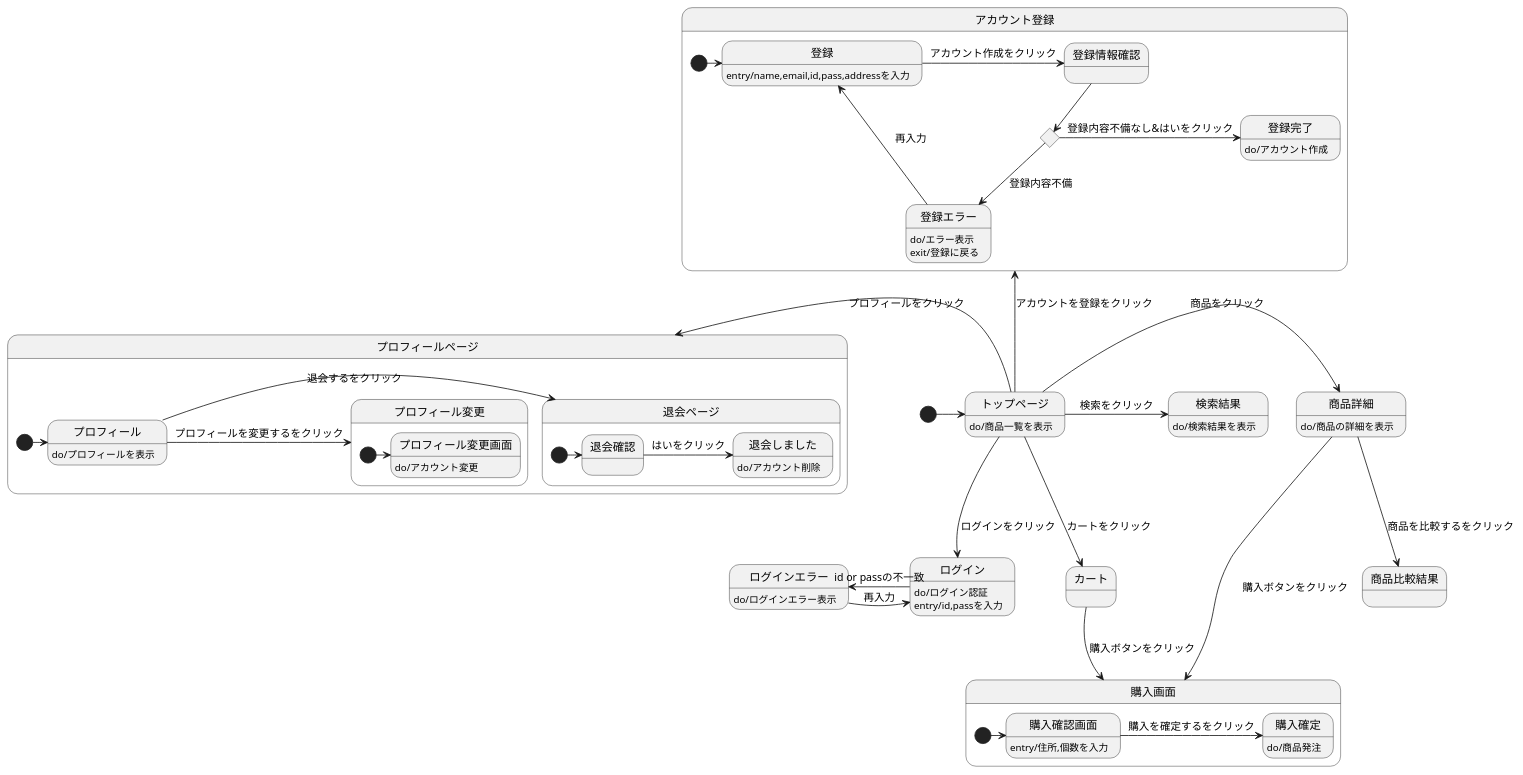
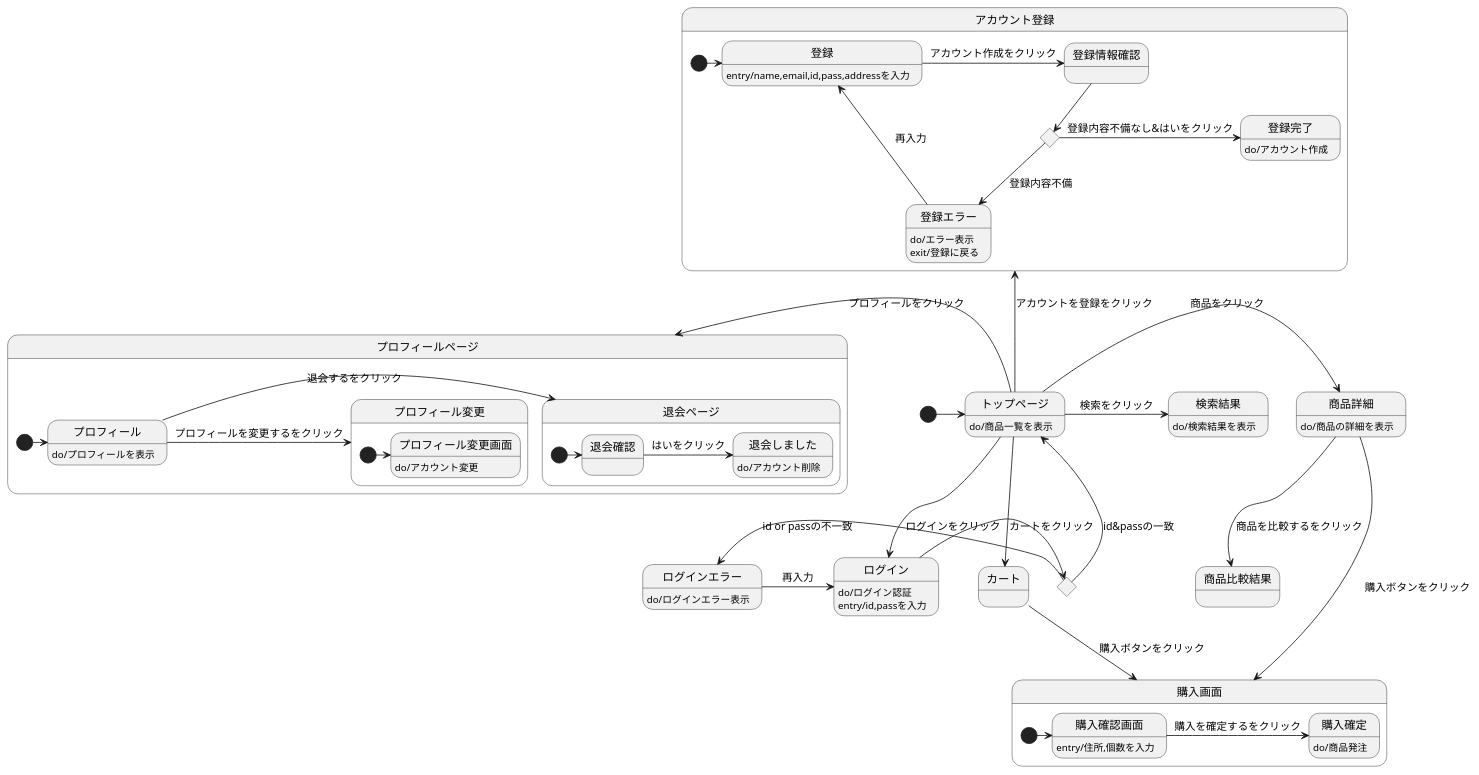
One commit to Aso2001159/2021sys-design changed the diagram in stm01.md. Above: the diagram before and after it, drawn with PlantUML.

````diff
--- a/stm01.md
+++ b/stm01.md
@@ -1,58 +1,61 @@
 ```uml
 
 @startuml
 [*]->トップページ
 トップページ : do/商品一覧を表示
 トップページ->商品詳細 : 商品をクリック
   商品詳細 : do/商品の詳細を表示
   商品詳細 --> 商品比較結果 : 商品を比較するをクリック
   商品詳細-> 購入画面 :　購入ボタンをクリック
 トップページ-down->ログイン :ログインをクリック
+  state r確認 <<choice>>
   ログイン : do/ログイン認証
   ログイン : entry/id,passを入力
-  ログイン -> ログインエラー : id or passの不一致
+  ログイン -> r確認
+  r確認 -> ログインエラー : id or passの不一致
+  r確認 -> トップページ : id&passの一致
     ログインエラー :do/ログインエラー表示
   ログインエラー -> ログイン : 再入力
 トップページ-->カート :カートをクリック
 カート --> 購入画面 : 購入ボタンをクリック
 state 購入画面{
   [*]-> 購入確認画面
   購入確認画面 : entry/住所,個数を入力
   購入確認画面 -> 購入確定 : 購入を確定するをクリック
   購入確定 : do/商品発注
 }
 state アカウント登録{
 [*]-> 登録 
   トップページ-up-> アカウント登録 :アカウントを登録をクリック
   state t確認 <<choice>>
   登録 : entry/name,email,id,pass,addressを入力
   登録 ->登録情報確認: アカウント作成をクリック
   登録情報確認 --> t確認 
   t確認 --> 登録エラー : 登録内容不備
     登録エラー : do/エラー表示
     登録エラー : exit/登録に戻る
    登録エラー -> 登録 : 再入力
   t確認 -> 登録完了: 登録内容不備なし&はいをクリック
     登録完了: do/アカウント作成
   }
 トップページ->検索結果 :検索をクリック
   検索結果 : do/検索結果を表示
 トップページ-left->プロフィールページ :プロフィールをクリック
 state プロフィールページ{
 [*] -> プロフィール
 プロフィール : do/プロフィールを表示
   プロフィール ->退会ページ :退会するをクリック
   state 退会ページ{
     [*]-> 退会確認 
     退会確認-> 退会しました : はいをクリック
       退会しました : do/アカウント削除
     }
     プロフィール -> プロフィール変更 : プロフィールを変更するをクリック
     state プロフィール変更{
       [*]-> プロフィール変更画面
       プロフィール変更画面 : do/アカウント変更
     }
  }
 @enduml
 
 ```
````
